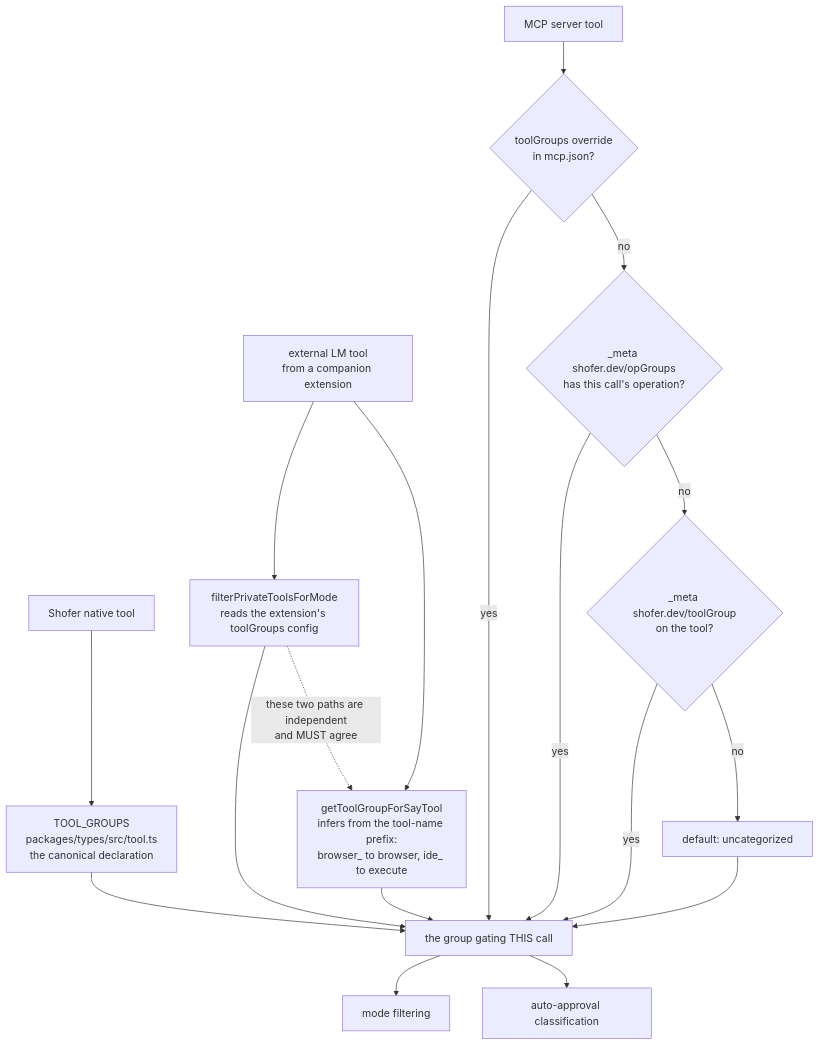
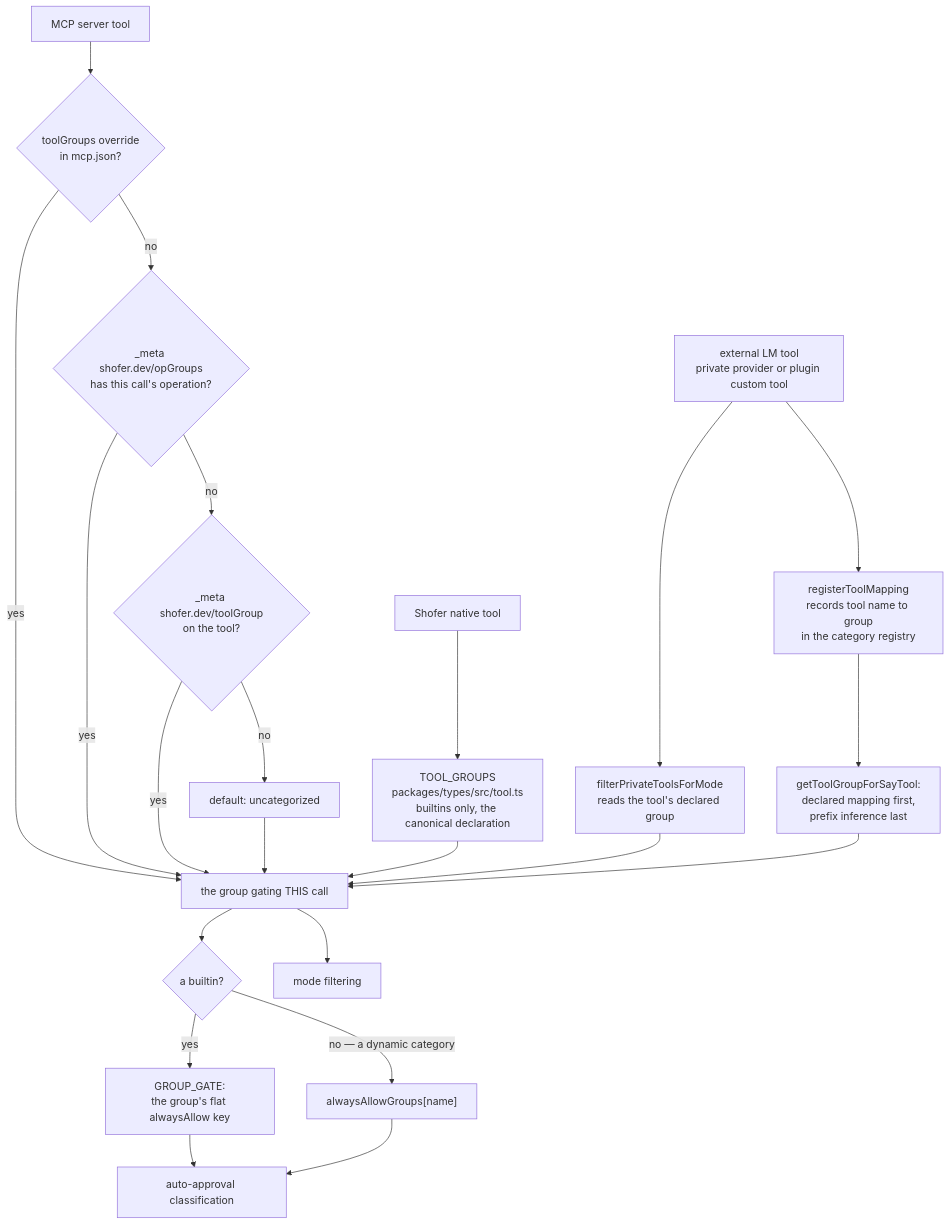
One commit to shofer-dev/shofer changed the first of 2 diagrams in docs/tool-categories.md. Above: the diagram before and after it, drawn with Mermaid. The commit also changed other lines of this file and 78 other files, not shown here.

````diff
--- a/docs/tool-categories.md
+++ b/docs/tool-categories.md
@@ -34,25 +128,29 @@
 ```mermaid
 flowchart TD
-    NAT["Shofer native tool"] --> NG["TOOL_GROUPS<br/>packages/types/src/tool.ts<br/>the canonical declaration"]
+    NAT["Shofer native tool"] --> NG["TOOL_GROUPS<br/>packages/types/src/tool.ts<br/>builtins only, the canonical declaration"]
 
-    EXT["external LM tool<br/>from a companion extension"] --> EF["filterPrivateToolsForMode<br/>reads the extension's toolGroups config"]
-    EXT --> EA["getToolGroupForSayTool<br/>infers from the tool-name prefix:<br/>browser_ to browser, ide_ to execute"]
+    EXT["external LM tool<br/>private provider or plugin custom tool"] --> EF["filterPrivateToolsForMode<br/>reads the tool's declared group"]
+    EXT --> ED["registerToolMapping<br/>records tool name to group<br/>in the category registry"]
 
     MCPT["MCP server tool"] --> M1{"toolGroups override<br/>in mcp.json?"}
     M1 -->|yes| GROUP
     M1 -->|no| M0{"_meta shofer.dev/opGroups<br/>has this call's operation?"}
     M0 -->|yes| GROUP
     M0 -->|no| M2{"_meta shofer.dev/toolGroup<br/>on the tool?"}
     M2 -->|yes| GROUP
     M2 -->|no| M3["default: uncategorized"]
     M3 --> GROUP
 
     NG --> GROUP["the group gating THIS call"]
     EF --> GROUP
+    ED --> EA["getToolGroupForSayTool:<br/>declared mapping first,<br/>prefix inference last"]
     EA --> GROUP
 
+    GROUP --> REG{"a builtin?"}
+    REG -->|yes| BG["GROUP_GATE:<br/>the group's flat alwaysAllow key"]
+    REG -->|"no — a dynamic category"| DG["alwaysAllowGroups[name]"]
+
     GROUP --> USE1["mode filtering"]
-    GROUP --> USE2["auto-approval classification"]
-
-    EF -.->|"these two paths are independent<br/>and MUST agree"| EA
+    BG --> USE2["auto-approval classification"]
+    DG --> USE2
 ```
````
